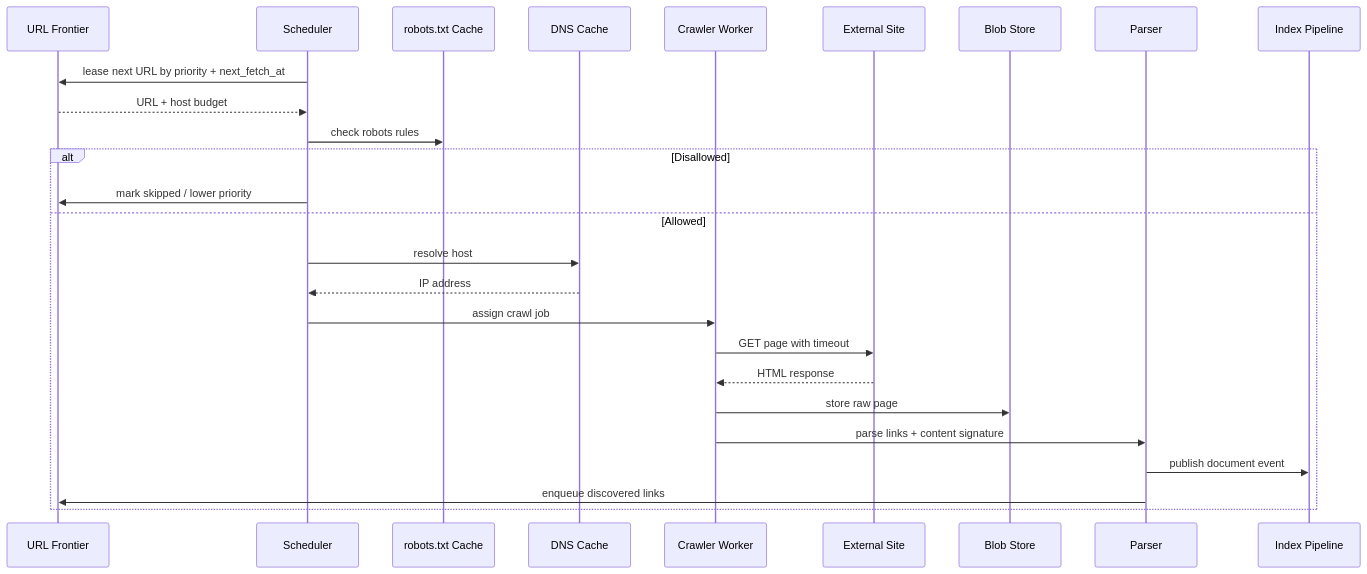
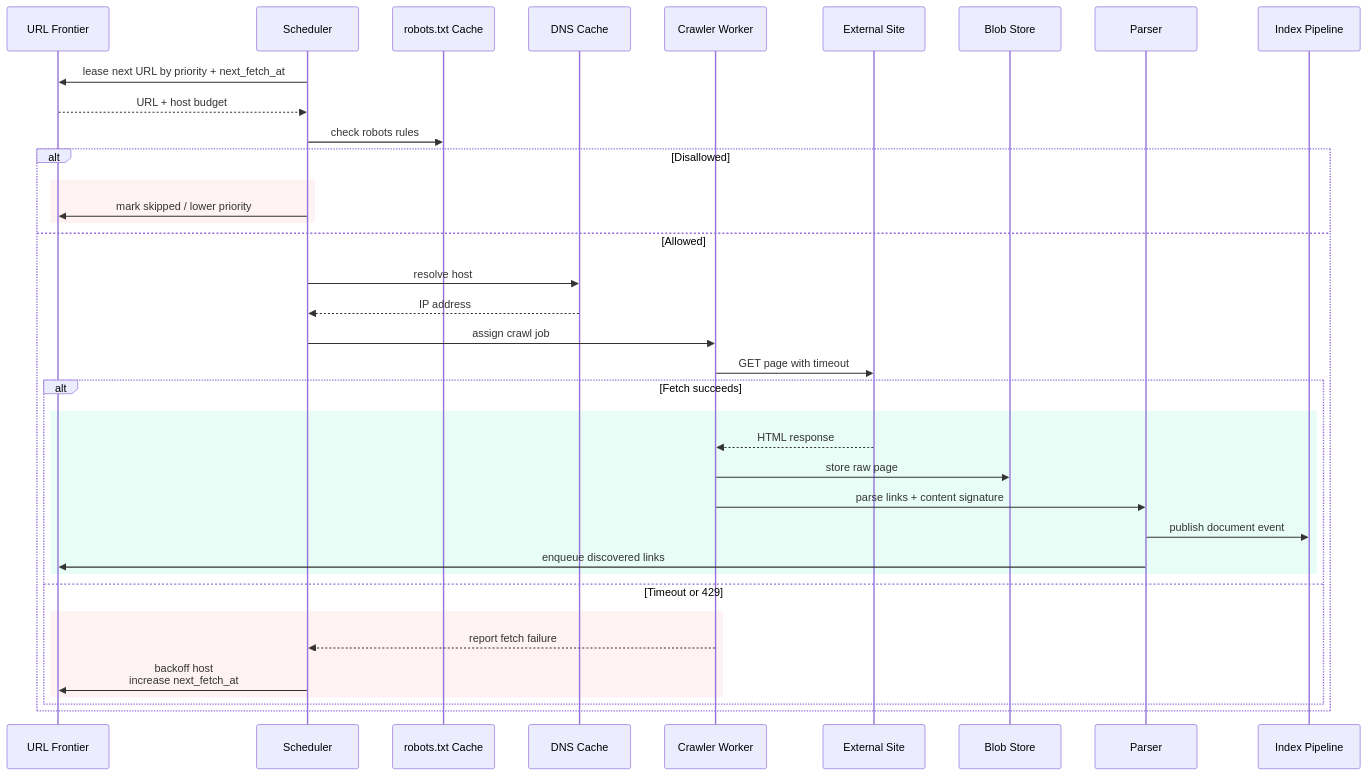
The fourth of 10 diagrams in blueprints/system-designs.md (MachariaP/system-design-academy), drawn with Mermaid before and after one commit. The commit also changed other lines of this file, not shown here.

````diff
--- a/blueprints/system-designs.md
+++ b/blueprints/system-designs.md
@@ -374,29 +410,40 @@
 ```mermaid
 sequenceDiagram
     participant F as URL Frontier
     participant S as Scheduler
     participant R as robots.txt Cache
     participant D as DNS Cache
     participant W as Crawler Worker
     participant Site as External Site
     participant B as Blob Store
     participant P as Parser
     participant I as Index Pipeline
 
     S->>F: lease next URL by priority + next_fetch_at
     F-->>S: URL + host budget
     S->>R: check robots rules
     alt Disallowed
+        rect rgb(254, 242, 242)
         S->>F: mark skipped / lower priority
+        end
     else Allowed
         S->>D: resolve host
         D-->>S: IP address
         S->>W: assign crawl job
         W->>Site: GET page with timeout
-        Site-->>W: HTML response
-        W->>B: store raw page
-        W->>P: parse links + content signature
-        P->>I: publish document event
-        P->>F: enqueue discovered links
+        alt Fetch succeeds
+            rect rgb(232, 253, 245)
+            Site-->>W: HTML response
+            W->>B: store raw page
+            W->>P: parse links + content signature
+            P->>I: publish document event
+            P->>F: enqueue discovered links
+            end
+        else Timeout or 429
+            rect rgb(254, 242, 242)
+            W-->>S: report fetch failure
+            S->>F: backoff host<br/>increase next_fetch_at
+            end
+        end
     end
 ```
````
